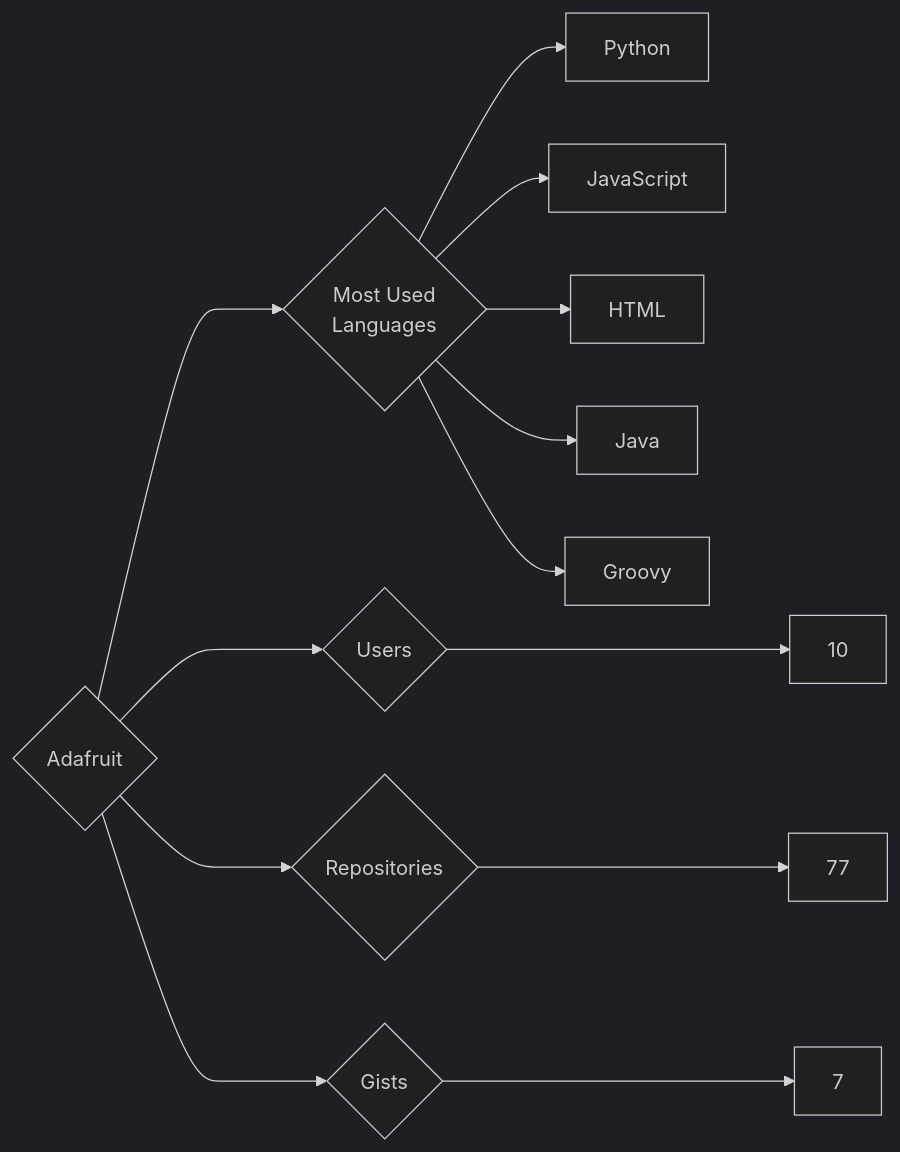
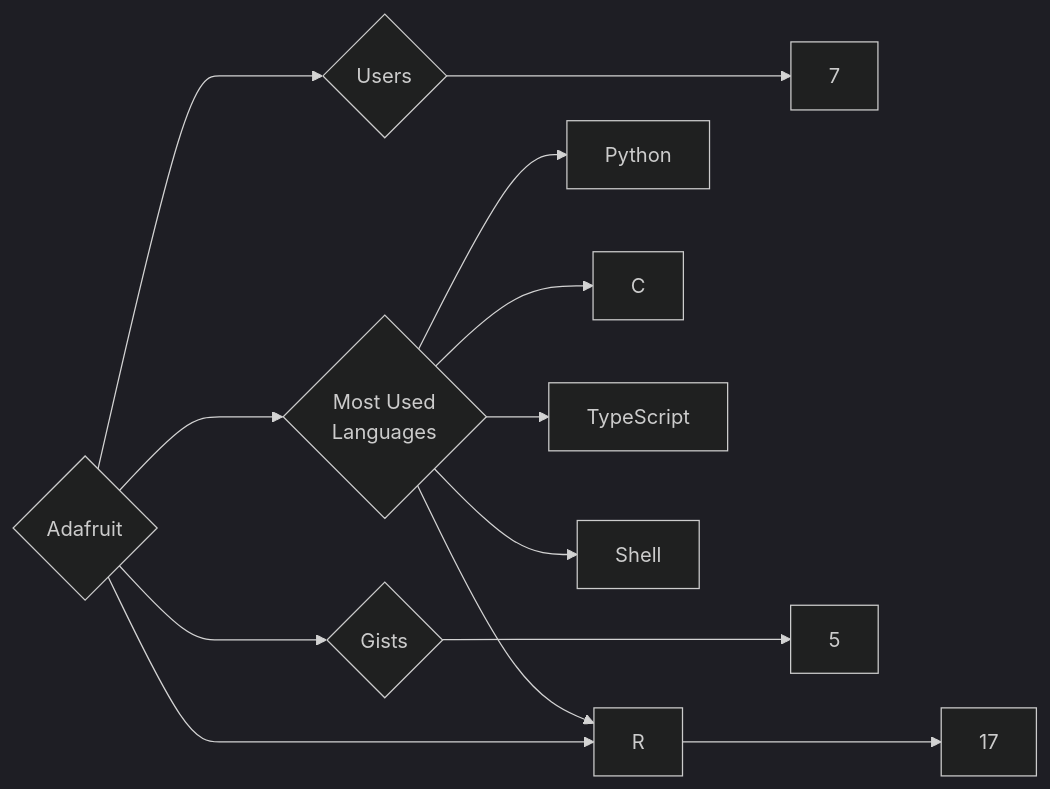
Before and after one commit to trickest/insiders: the diagram in targets/Adafruit/README.md, drawn with Mermaid (dark theme). The commit also changed 1084 other files, not shown here.

````diff
--- a/targets/Adafruit/README.md
+++ b/targets/Adafruit/README.md
@@ -3,13 +3,13 @@
 ```mermaid
 graph LR
 COMPANY_NAME{Adafruit}
-COMPANY_NAME ---> U{Users} ---> UN[10]
-COMPANY_NAME ---> R{Repositories} ---> RN[77]
-COMPANY_NAME ---> G{Gists} ---> GN[7]
+COMPANY_NAME ---> U{Users} ---> UN[7]
+COMPANY_NAME ---> R{Repositories} ---> RN[17]
+COMPANY_NAME ---> G{Gists} ---> GN[5]
 COMPANY_NAME ---> ML{Most Used<br>Languages}
 ML --> Python[Python]
-ML --> JavaScript[JavaScript]
-ML --> HTML[HTML]
-ML --> Java[Java]
-ML --> Groovy[Groovy]
+ML --> C[C]
+ML --> TypeScript[TypeScript]
+ML --> Shell[Shell]
+ML --> R[R]
 ```
````
